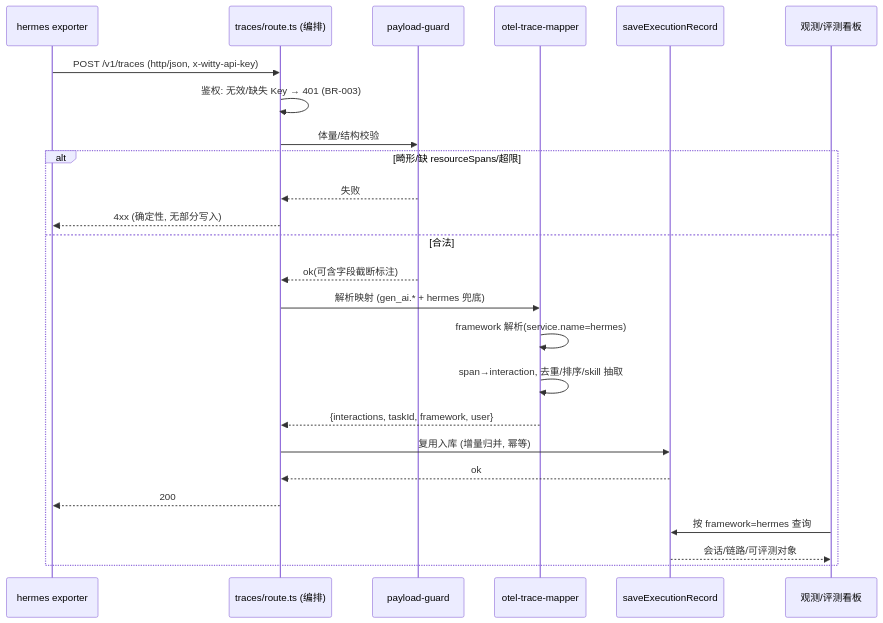
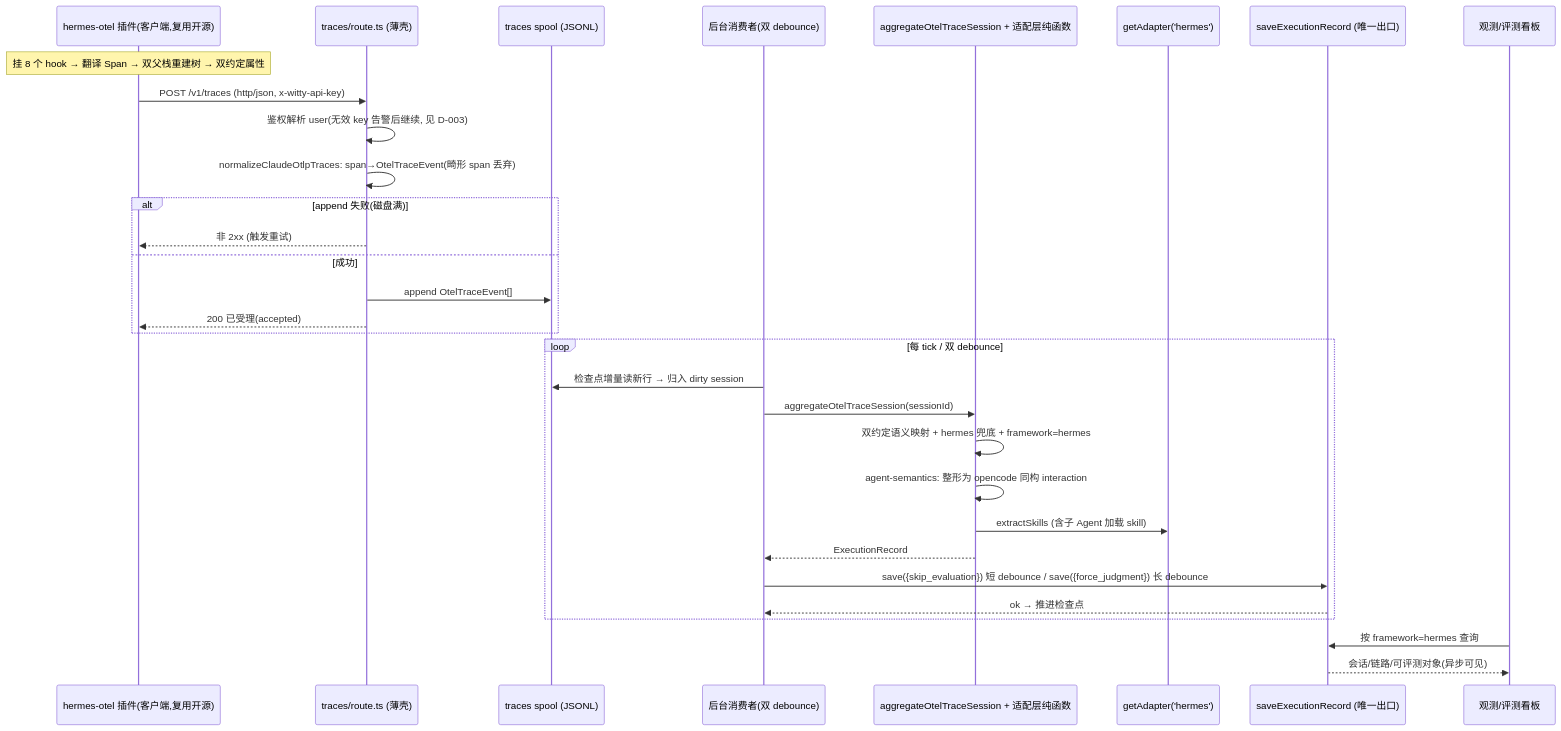
One commit to openeuler-mirror/agent-insight changed the second of 3 diagrams in docs/design/hermes-otel-adapter/phase2-requirements-design.md. Above: the diagram before and after it, drawn with Mermaid. The commit also changed other lines of this file and 9 other files, not shown here.

````diff
--- a/docs/design/hermes-otel-adapter/phase2-requirements-design.md
+++ b/docs/design/hermes-otel-adapter/phase2-requirements-design.md
@@ -233,28 +322,34 @@
 ```mermaid
 sequenceDiagram
-    participant H as hermes exporter
-    participant R as traces/route.ts (编排)
-    participant G as payload-guard
-    participant M as otel-trace-mapper
-    participant D as saveExecutionRecord
+    participant P as hermes-otel 插件(客户端,复用开源)
+    participant R as traces/route.ts (薄壳)
+    participant SP as traces spool (JSONL)
+    participant CO as 后台消费者(双 debounce)
+    participant AGG as aggregateOtelTraceSession + 适配层纯函数
+    participant REG as getAdapter('hermes')
+    participant D as saveExecutionRecord (唯一出口)
     participant V as 观测/评测看板
 
-    H->>R: POST /v1/traces (http/json, x-witty-api-key)
-    R->>R: 鉴权: 无效/缺失 Key → 401 (BR-003)
-    R->>G: 体量/结构校验
-    alt 畸形/缺 resourceSpans/超限
-        G-->>R: 失败
-        R-->>H: 4xx (确定性, 无部分写入)
-    else 合法
-        G-->>R: ok(可含字段截断标注)
-        R->>M: 解析映射 (gen_ai.* + hermes 兜底)
-        M->>M: framework 解析(service.name=hermes)
-        M->>M: span→interaction, 去重/排序/skill 抽取
-        M-->>R: {interactions, taskId, framework, user}
-        R->>D: 复用入库 (增量归并, 幂等)
-        D-->>R: ok
-        R-->>H: 200
-        V->>D: 按 framework=hermes 查询
-        D-->>V: 会话/链路/可评测对象
+    Note over P: 挂 8 个 hook → 翻译 Span → 双父栈重建树 → 双约定属性
+    P->>R: POST /v1/traces (http/json, x-witty-api-key)
+    R->>R: 鉴权解析 user(无效 key 告警后继续, 见 D-003)
+    R->>R: normalizeClaudeOtlpTraces: span→OtelTraceEvent(畸形 span 丢弃)
+    alt append 失败(磁盘满)
+        R-->>P: 非 2xx (触发重试)
+    else 成功
+        R->>SP: append OtelTraceEvent[]
+        R-->>P: 200 已受理(accepted)
     end
+    loop 每 tick / 双 debounce
+        CO->>SP: 检查点增量读新行 → 归入 dirty session
+        CO->>AGG: aggregateOtelTraceSession(sessionId)
+        AGG->>AGG: 双约定语义映射 + hermes 兜底 + framework=hermes
+        AGG->>AGG: agent-semantics: 整形为 opencode 同构 interaction
+        AGG->>REG: extractSkills (含子 Agent 加载 skill)
+        AGG-->>CO: ExecutionRecord
+        CO->>D: save({skip_evaluation}) 短 debounce / save({force_judgment}) 长 debounce
+        D-->>CO: ok → 推进检查点
+    end
+    V->>D: 按 framework=hermes 查询
+    D-->>V: 会话/链路/可评测对象(异步可见)
 ```
````
